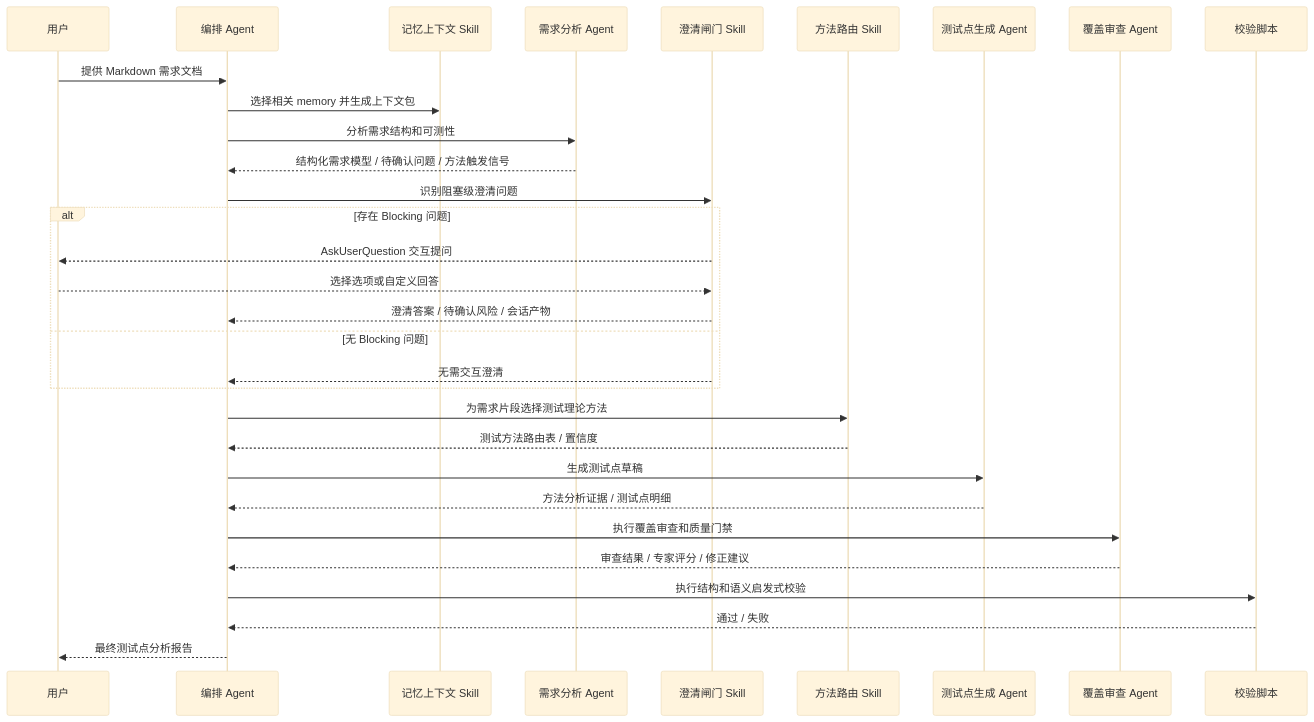
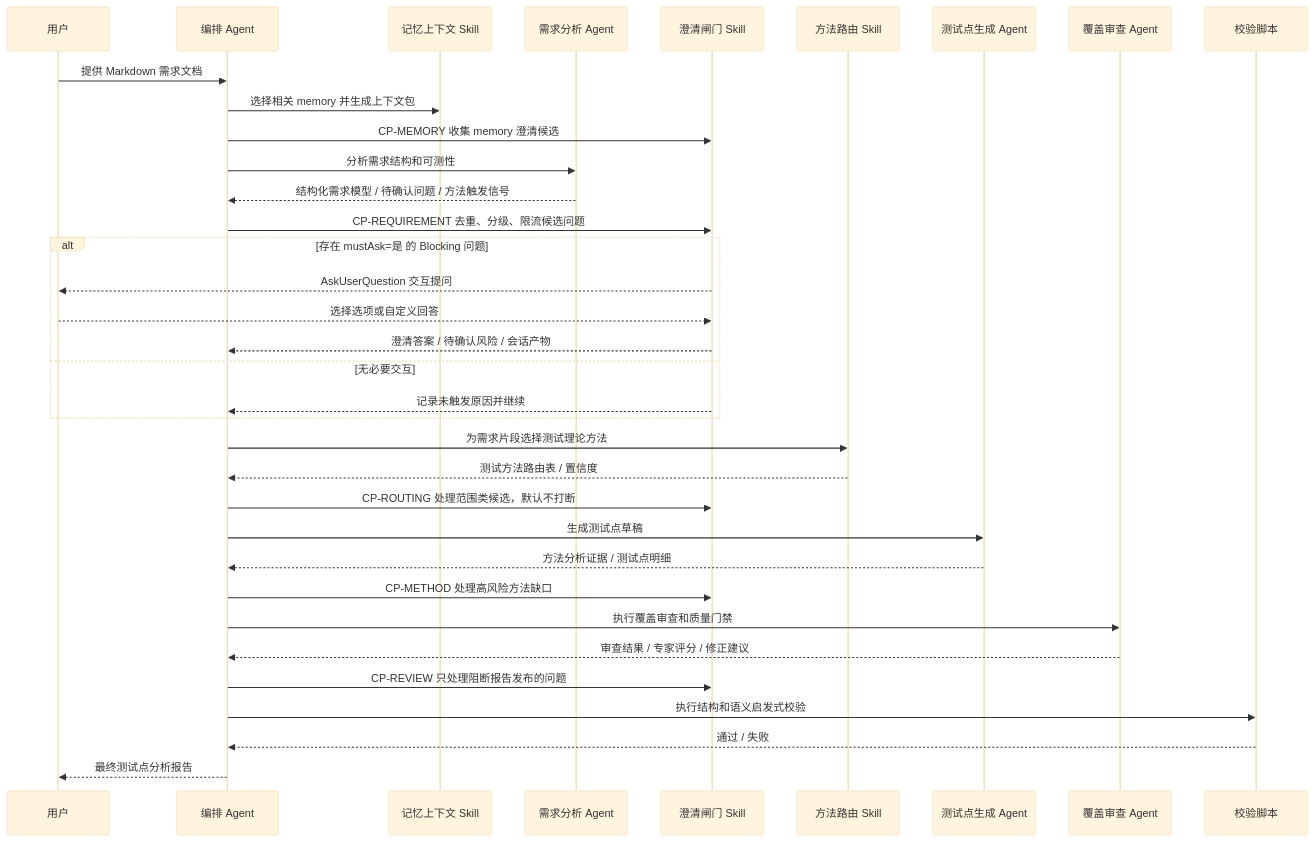
Before and after one commit to szluoqy-byte/Test-Analysis-Agent: the fourth of 8 diagrams in docs/test-analysis-agent-design.md, drawn with Mermaid (base theme). The commit also changed other lines of this file and 15 other files, not shown here.

````diff
--- a/docs/test-analysis-agent-design.md
+++ b/docs/test-analysis-agent-design.md
@@ -199,34 +209,38 @@
 ```mermaid
 sequenceDiagram
   participant U as 用户
   participant O as 编排 Agent
   participant M as 记忆上下文 Skill
   participant R as 需求分析 Agent
   participant C as 澄清闸门 Skill
   participant T as 方法路由 Skill
   participant G as 测试点生成 Agent
   participant Q as 覆盖审查 Agent
   participant L as 校验脚本
 
   U->>O: 提供 Markdown 需求文档
   O->>M: 选择相关 memory 并生成上下文包
+  O->>C: CP-MEMORY 收集 memory 澄清候选
   O->>R: 分析需求结构和可测性
   R-->>O: 结构化需求模型 / 待确认问题 / 方法触发信号
-  O->>C: 识别阻塞级澄清问题
-  alt 存在 Blocking 问题
+  O->>C: CP-REQUIREMENT 去重、分级、限流候选问题
+  alt 存在 mustAsk=是 的 Blocking 问题
     C-->>U: AskUserQuestion 交互提问
     U-->>C: 选择选项或自定义回答
     C-->>O: 澄清答案 / 待确认风险 / 会话产物
-  else 无 Blocking 问题
-    C-->>O: 无需交互澄清
+  else 无必要交互
+    C-->>O: 记录未触发原因并继续
   end
   O->>T: 为需求片段选择测试理论方法
   T-->>O: 测试方法路由表 / 置信度
+  O->>C: CP-ROUTING 处理范围类候选，默认不打断
   O->>G: 生成测试点草稿
   G-->>O: 方法分析证据 / 测试点明细
+  O->>C: CP-METHOD 处理高风险方法缺口
   O->>Q: 执行覆盖审查和质量门禁
   Q-->>O: 审查结果 / 专家评分 / 修正建议
+  O->>C: CP-REVIEW 只处理阻断报告发布的问题
   O->>L: 执行结构和语义启发式校验
   L-->>O: 通过 / 失败
   O-->>U: 最终测试点分析报告
 ```
````
